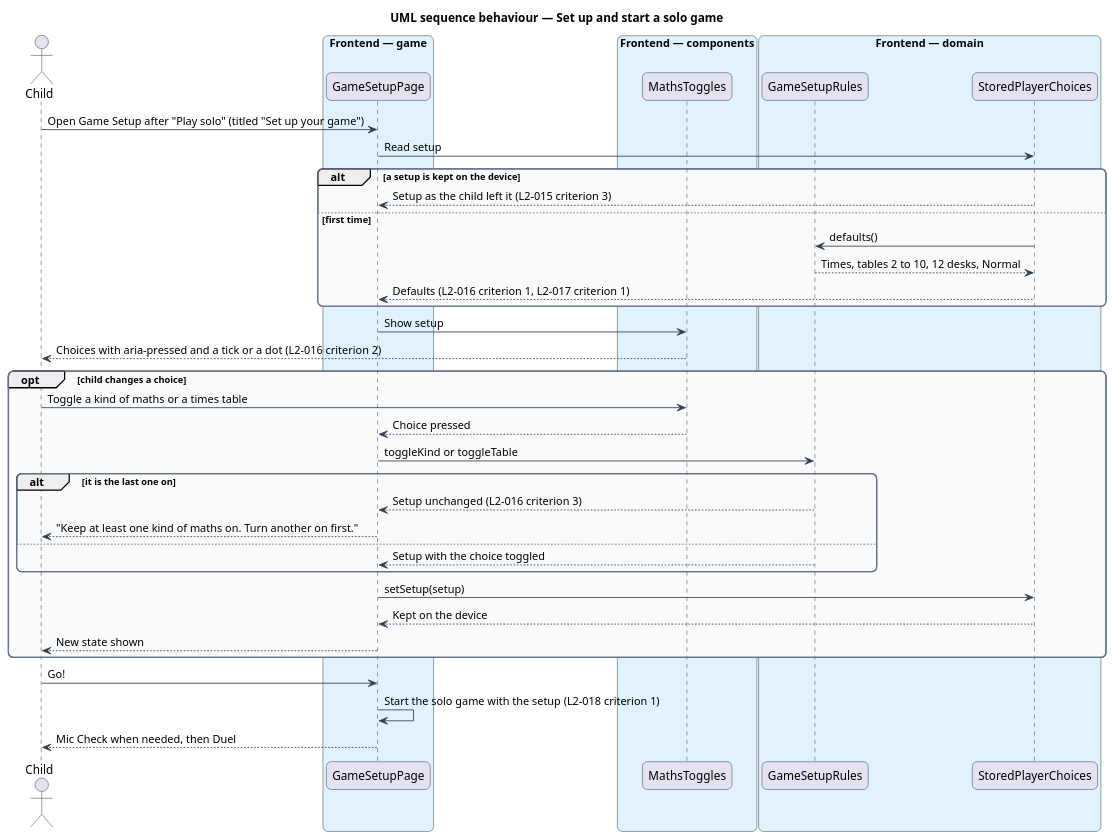
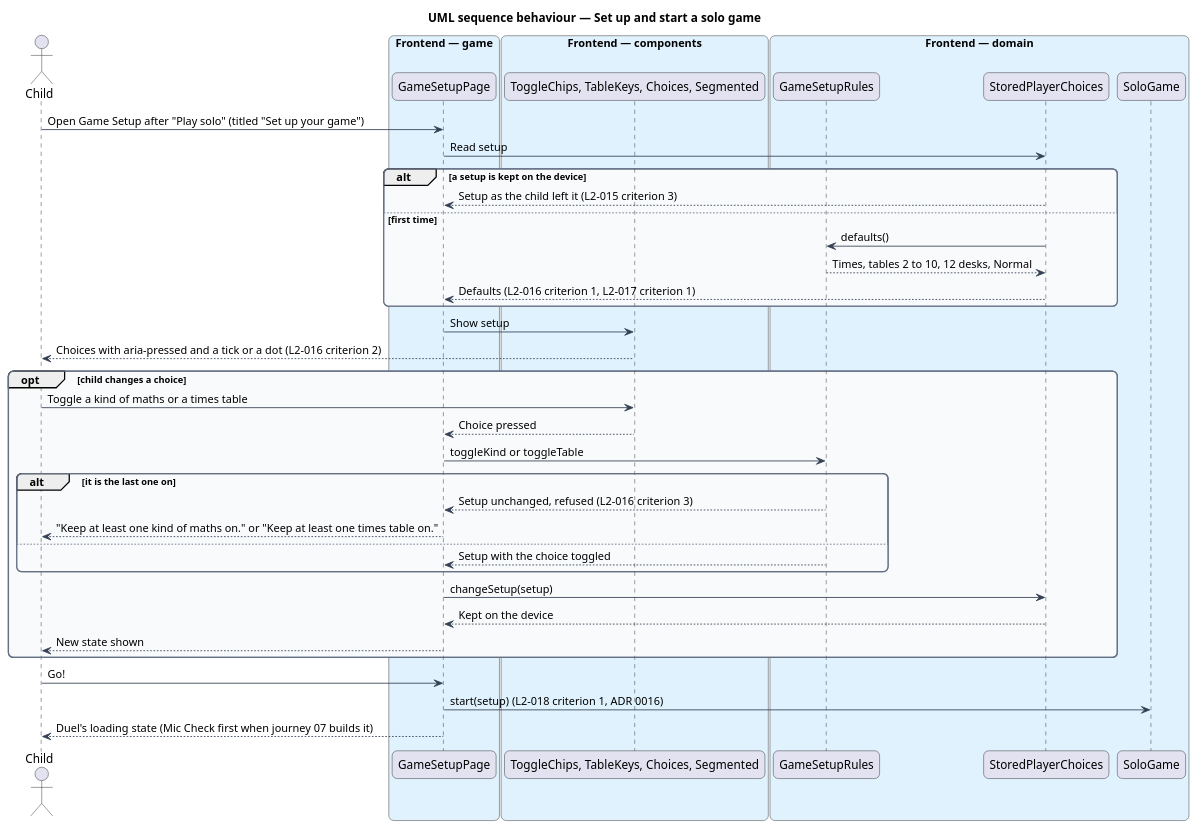
Before and after one commit to QuinntyneBrown/around-the-world: the diagram in docs/detailed-designs/player/set-up-game/diagrams/sequence-set-up-solo-game.puml, drawn with PlantUML. The commit also changed 24 other files, not shown here.

First line of the commit message:
Record journey 03's decisions and resolve the set-up-game design markers

```diff
--- a/docs/detailed-designs/player/set-up-game/diagrams/sequence-set-up-solo-game.puml
+++ b/docs/detailed-designs/player/set-up-game/diagrams/sequence-set-up-solo-game.puml
@@ -1,56 +1,57 @@
 @startuml
 title UML sequence behaviour — Set up and start a solo game
 skinparam backgroundColor #FFFFFF
 skinparam shadowing false
 skinparam roundcorner 12
 skinparam defaultFontName Arial
 skinparam ArrowColor #344054
 skinparam rectangle {
   BorderColor #344054
   FontColor #101828
 }
 skinparam package {
   BorderColor #667085
   FontColor #101828
   BackgroundColor #F9FAFB
 }
 actor "Child" as actor
 box "Frontend — game" #E0F2FE
   participant "GameSetupPage" as page
 end box
 box "Frontend — components" #E0F2FE
-  participant "MathsToggles" as toggles
+  participant "ToggleChips, TableKeys, Choices, Segmented" as toggles
 end box
 box "Frontend — domain" #E0F2FE
   participant "GameSetupRules" as rules
   participant "StoredPlayerChoices" as choices
+  participant "SoloGame" as game
 end box
 actor -> page : Open Game Setup after "Play solo" (titled "Set up your game")
 page -> choices : Read setup
 alt a setup is kept on the device
   choices --> page : Setup as the child left it (L2-015 criterion 3)
 else first time
   choices -> rules : defaults()
   rules --> choices : Times, tables 2 to 10, 12 desks, Normal
   choices --> page : Defaults (L2-016 criterion 1, L2-017 criterion 1)
 end
 page -> toggles : Show setup
 toggles --> actor : Choices with aria-pressed and a tick or a dot (L2-016 criterion 2)
 opt child changes a choice
   actor -> toggles : Toggle a kind of maths or a times table
   toggles --> page : Choice pressed
   page -> rules : toggleKind or toggleTable
   alt it is the last one on
-    rules --> page : Setup unchanged (L2-016 criterion 3)
-    page --> actor : "Keep at least one kind of maths on. Turn another on first."
+    rules --> page : Setup unchanged, refused (L2-016 criterion 3)
+    page --> actor : "Keep at least one kind of maths on." or "Keep at least one times table on."
   else
     rules --> page : Setup with the choice toggled
   end
-  page -> choices : setSetup(setup)
+  page -> choices : changeSetup(setup)
   choices --> page : Kept on the device
   page --> actor : New state shown
 end
 actor -> page : Go!
-page -> page : Start the solo game with the setup (L2-018 criterion 1)
-page --> actor : Mic Check when needed, then Duel
+page -> game : start(setup) (L2-018 criterion 1, ADR 0016)
+page --> actor : Duel's loading state (Mic Check first when journey 07 builds it)
 @enduml
```
